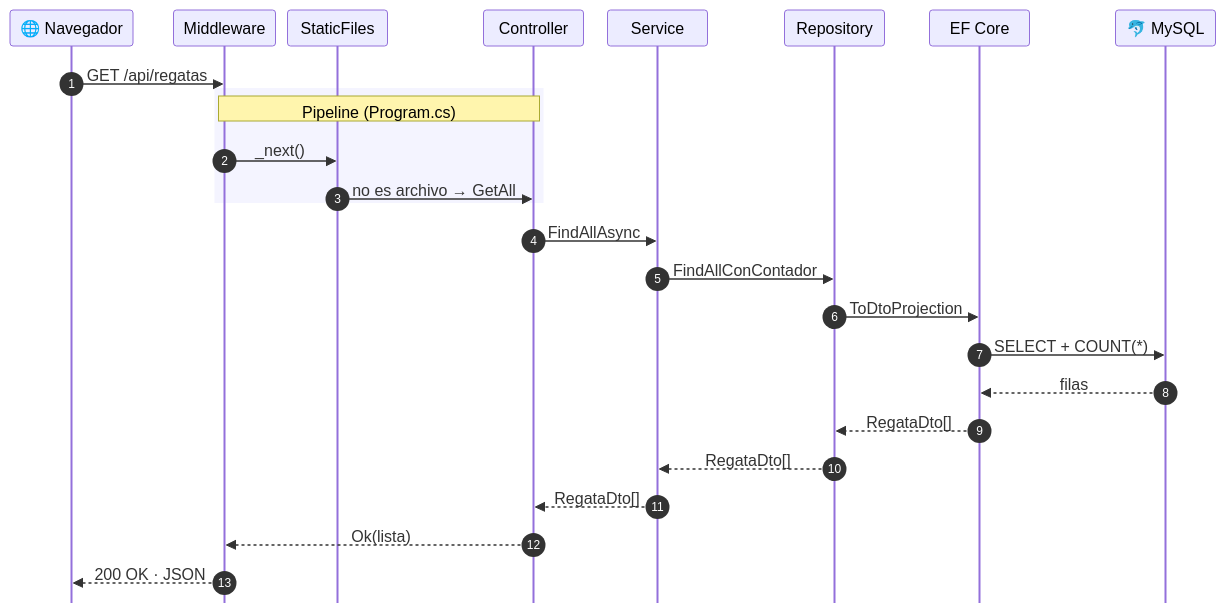
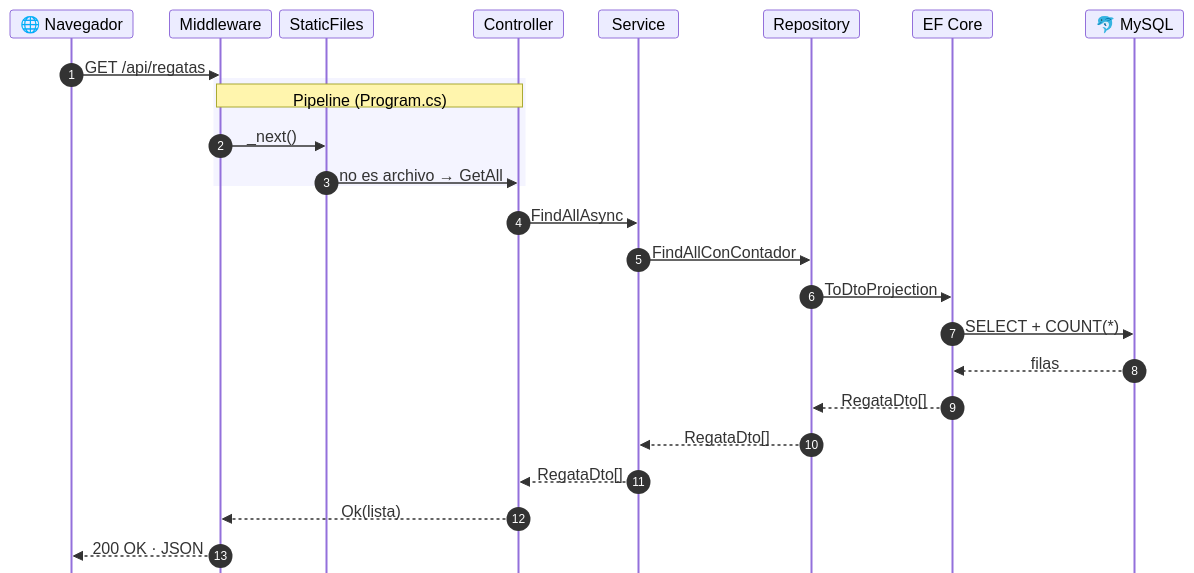
Before and after one commit to IgorDAM/Proyecto_CSharp: the diagram in ARQUITECTURA_CAPAS.md, drawn with Mermaid.

Commit message:
docs(#171): texto más pequeño en el diagrama del recorrido
Fuente de 11px en participantes, mensajes y notas, y cajas y márgenes
reducidos en proporción.

Claude-Session: https://claude.ai/code/session_01Wn8c7id8gadtpvey5imk8Z

````diff
--- a/ARQUITECTURA_CAPAS.md
+++ b/ARQUITECTURA_CAPAS.md
@@ -13,30 +13,30 @@
 ```mermaid
-%%{init: {"sequence": {"mirrorActors": false, "actorMargin": 12, "width": 100, "height": 36, "boxMargin": 4, "noteMargin": 4, "messageMargin": 20, "bottomMarginAdj": 0}}}%%
+%%{init: {"themeVariables": {"fontSize": "11px"}, "sequence": {"mirrorActors": false, "actorFontSize": 11, "messageFontSize": 11, "noteFontSize": 11, "actorMargin": 8, "width": 80, "height": 28, "boxMargin": 3, "boxTextMargin": 2, "noteMargin": 3, "messageMargin": 14, "bottomMarginAdj": 0, "diagramMarginX": 10, "diagramMarginY": 4}}}%%
 sequenceDiagram
     autonumber
     participant N as 🌐 Navegador
     participant EX as Middleware
     participant SF as StaticFiles
     participant C as Controller
     participant S as Service
     participant R as Repository
     participant EF as EF Core
     participant DB as 🐬 MySQL
 
     N->>EX: GET /api/regatas
     rect rgba(120,120,255,0.08)
     Note over EX,C: Pipeline (Program.cs)
     EX->>SF: _next()
     SF->>C: no es archivo → GetAll
     end
     C->>S: FindAllAsync
     S->>R: FindAllConContador
     R->>EF: ToDtoProjection
     EF->>DB: SELECT + COUNT(*)
     DB-->>EF: filas
     EF-->>R: RegataDto[]
     R-->>S: RegataDto[]
     S-->>C: RegataDto[]
     C-->>EX: Ok(lista)
     EX-->>N: 200 OK · JSON
 ```
````
